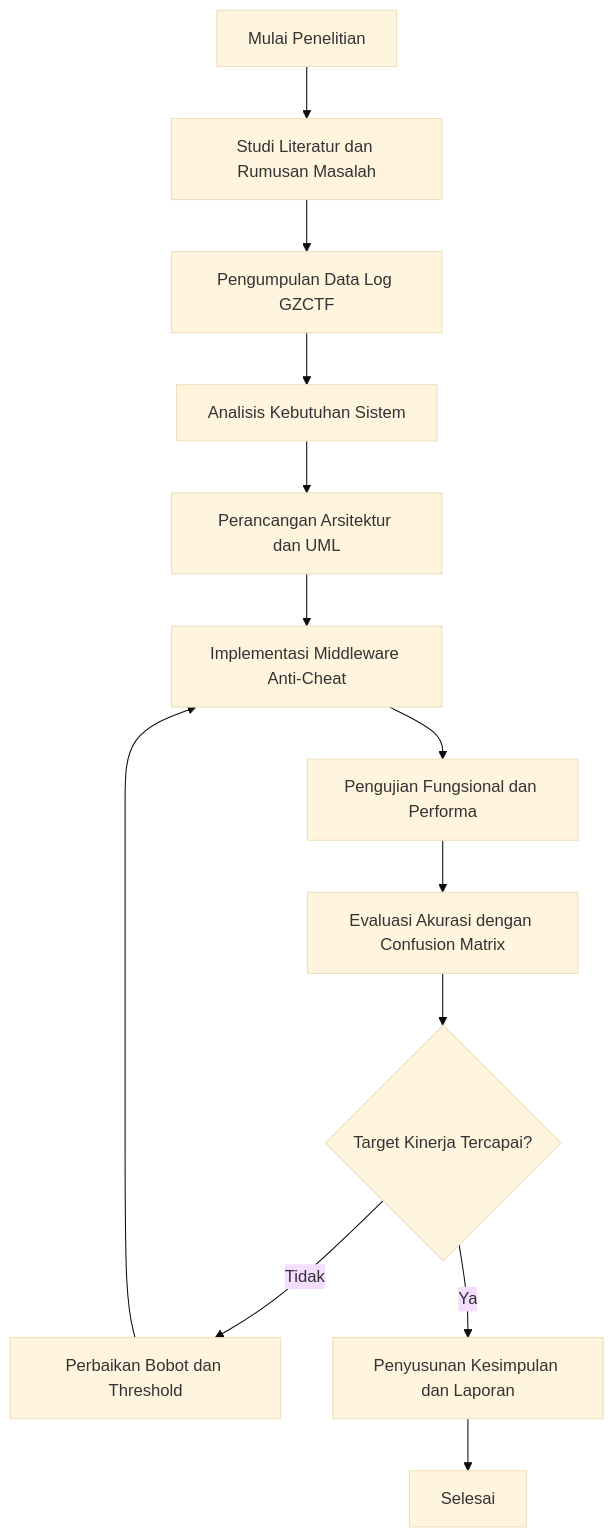
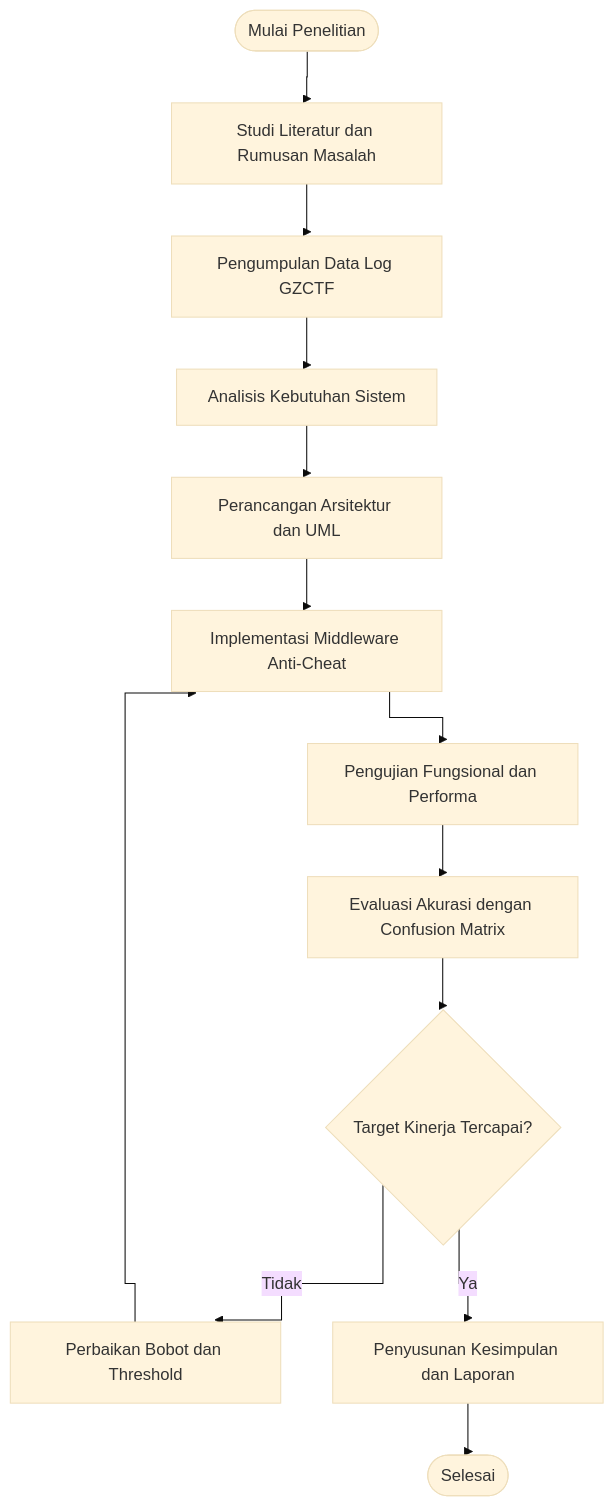
The first of 10 diagrams in index.qmd (dimasma0305/proposal-skripsi), drawn with Mermaid (base theme) before and after one commit. The commit also changed other lines of this file and 1 other file, not shown here.

Commit message:
docs: Add detailed explanations for mathematical formulas and refine Mermaid diagram styling and structure.

````diff
--- a/index.qmd
+++ b/index.qmd
@@ -239,17 +318,18 @@
 ```{mermaid}
 %%| fig-cap: "Flowchart Metodologi Penelitian"
 %%| label: fig-metodologi
+%%{init: {"flowchart": {"curve": "stepBefore"}}}%%
 flowchart TD
-    A[Mulai Penelitian] --> B[Studi Literatur dan Rumusan Masalah]
+    A([Mulai Penelitian]) --> B[Studi Literatur dan Rumusan Masalah]
     B --> C[Pengumpulan Data Log GZCTF]
     C --> D[Analisis Kebutuhan Sistem]
     D --> E[Perancangan Arsitektur dan UML]
     E --> F[Implementasi Middleware Anti-Cheat]
     F --> G[Pengujian Fungsional dan Performa]
     G --> H[Evaluasi Akurasi dengan Confusion Matrix]
     H --> I{Target Kinerja Tercapai?}
     I -- Tidak --> J[Perbaikan Bobot dan Threshold]
     J --> F
     I -- Ya --> K[Penyusunan Kesimpulan dan Laporan]
-    K --> L[Selesai]
+    K --> L([Selesai])
 ```
````
